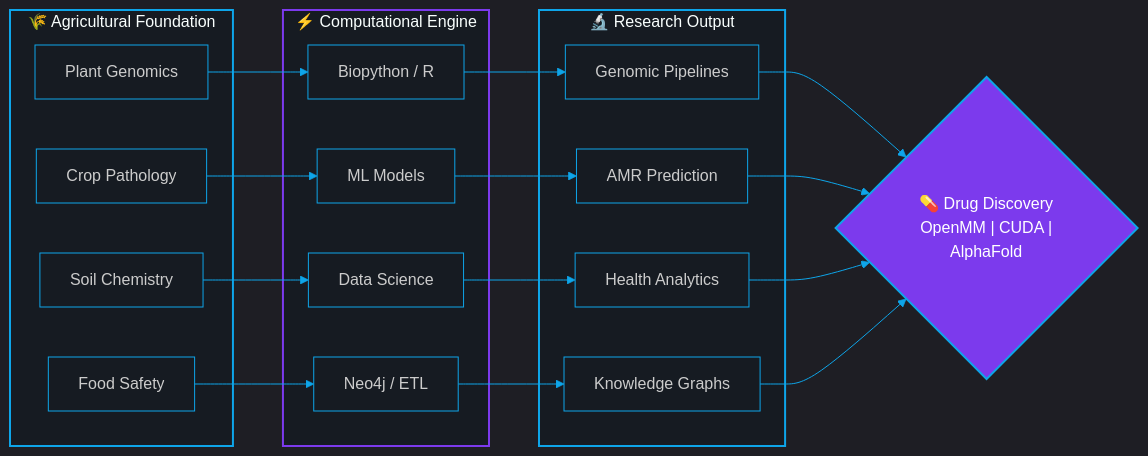
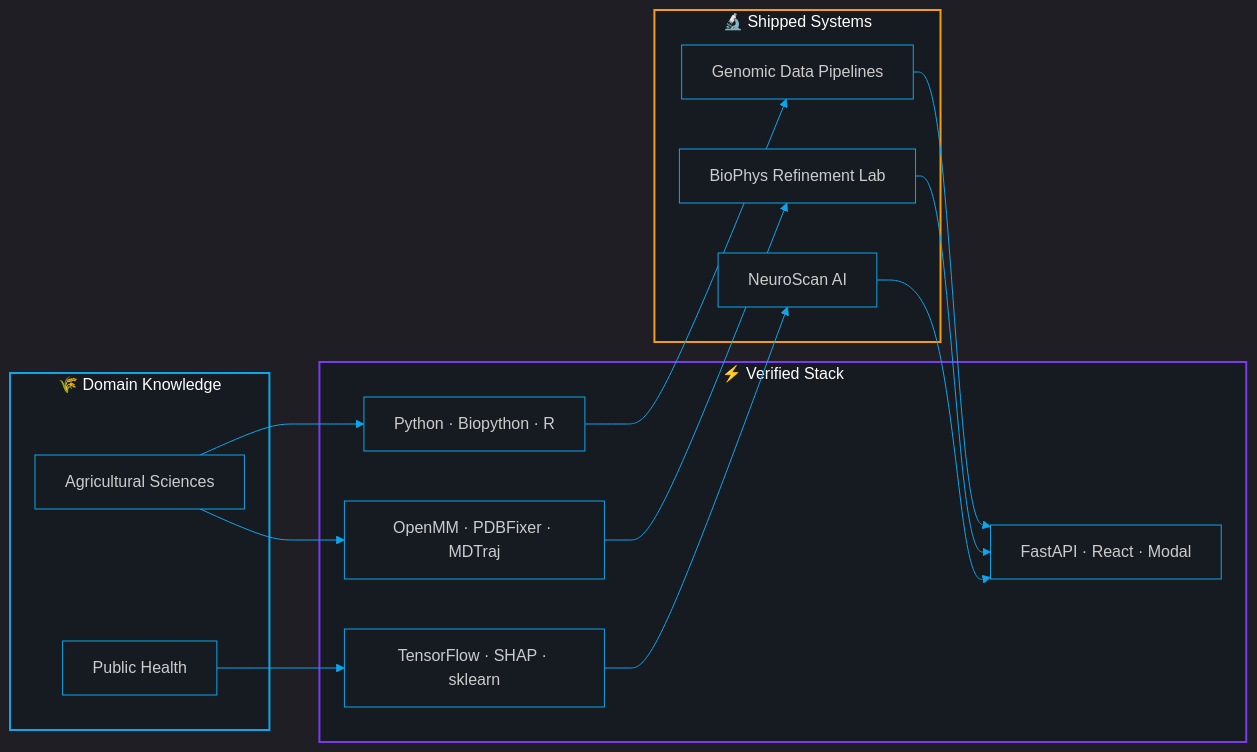
Before and after one commit to HassanAhmed2Ha/HassanAhmed2Ha: the diagram in README.md, drawn with Mermaid. The commit also changed other lines of this file, not shown here.

````diff
--- a/README.md
+++ b/README.md
@@ -227,41 +296,32 @@
 ```mermaid
-%%{init: {'theme': 'dark', 'themeVariables': {'primaryColor': '#7C3AED', 'primaryTextColor': '#C9D1D9', 'primaryBorderColor': '#0EA5E9', 'lineColor': '#0EA5E9', 'secondaryColor': '#0D1117', 'tertiaryColor': '#161B22', 'background': '#0D1117', 'mainBkg': '#161B22', 'nodeBorder': '#0EA5E9', 'clusterBkg': '#0D1117', 'clusterBorder': '#7C3AED', 'edgeLabelBackground': '#0D1117'}}}%%
+%%{init: {'theme': 'dark', 'themeVariables': {'primaryColor': '#7C3AED', 'primaryTextColor': '#FFFFFF', 'primaryBorderColor': '#0EA5E9', 'lineColor': '#0EA5E9', 'secondaryColor': '#0D1117', 'tertiaryColor': '#0D1117', 'background': '#0D1117', 'mainBkg': '#161B22', 'nodeBorder': '#0EA5E9', 'nodeTextColor': '#FFFFFF', 'clusterBkg': '#0D1117', 'clusterBorder': '#7C3AED'}}}%%
 flowchart LR
-    subgraph DOMAIN["🌾 Agricultural Foundation"]
-        A["Plant Genomics"]
-        B["Crop Pathology"]
-        C["Soil Chemistry"]
-        D["Food Safety"]
-    end
+    subgraph BIO["🌾 Domain Knowledge"]
+        A["Agricultural Sciences"]
+        B["Public Health"]
+    end
 
-    subgraph COMPUTE["⚡ Computational Engine"]
-        E["Biopython / R"]
-        F["ML Models"]
-        G["Data Science"]
-        H["Neo4j / ETL"]
-    end
+    subgraph COMPUTE["⚡ Verified Stack"]
+        C["Python · Biopython · R"]
+        D["TensorFlow · SHAP · sklearn"]
+        E["OpenMM · PDBFixer · MDTraj"]
+        F["FastAPI · React · Modal"]
+    end
 
-    subgraph OUTPUT["🔬 Research Output"]
-        I["Genomic Pipelines"]
-        J["AMR Prediction"]
-        K["Health Analytics"]
-        L["Knowledge Graphs"]
-    end
+    subgraph DELIVER["🔬 Shipped Systems"]
+        G["Genomic Data Pipelines"]
+        H["NeuroScan AI"]
+        I["BioPhys Refinement Lab"]
+    end
 
-    A --> E --> I
-    B --> F --> J
-    C --> G --> K
-    D --> H --> L
+    A --> C --> G
+    B --> D --> H
+    A --> E --> I
+    G --> F
+    H --> F
+    I --> F
 
-    I --> M
-    J --> M
-    K --> M
-    L --> M
-
-    M{"💊 Drug Discovery\n OpenMM | CUDA | AlphaFold"}
-
-    style DOMAIN fill:#161B22,stroke:#0EA5E9,stroke-width:2px
-    style COMPUTE fill:#161B22,stroke:#7C3AED,stroke-width:2px
-    style OUTPUT fill:#161B22,stroke:#0EA5E9,stroke-width:2px
-    style M fill:#7C3AED,stroke:#0EA5E9,stroke-width:2px,color:#ffffff
+    style BIO fill:#161B22,stroke:#0EA5E9,stroke-width:2px,color:#FFFFFF
+    style COMPUTE fill:#161B22,stroke:#7C3AED,stroke-width:2px,color:#FFFFFF
+    style DELIVER fill:#161B22,stroke:#F59E0B,stroke-width:2px,color:#FFFFFF
 ```
````
